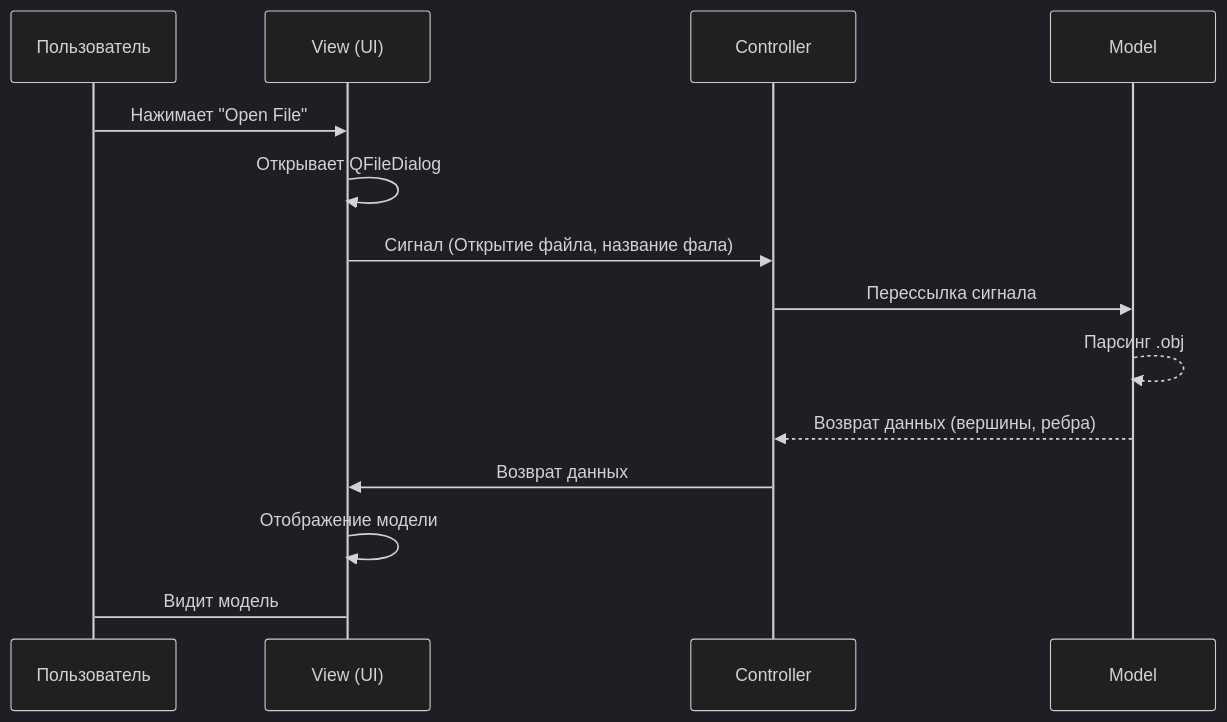
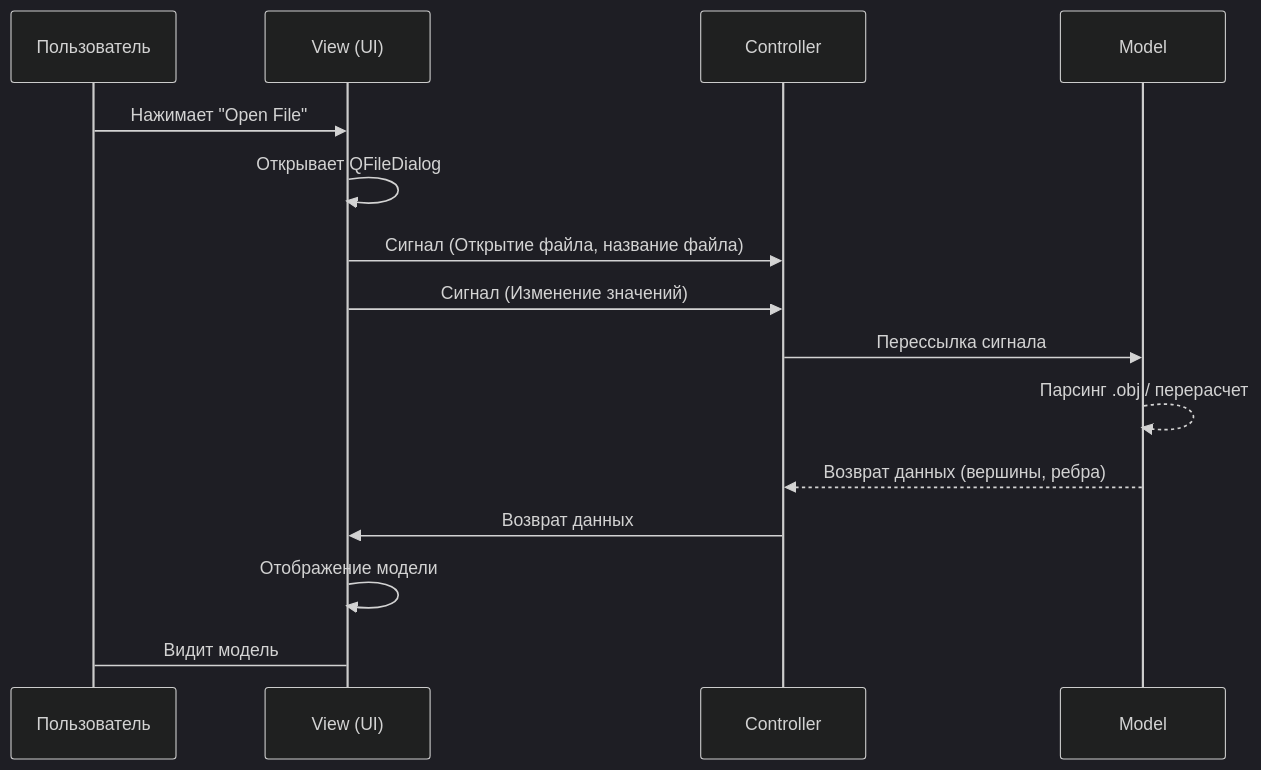
One commit to artnr7/3DViewer changed the second of 4 diagrams in src/docs/architecture.md. Above: the diagram before and after it, drawn with Mermaid. The commit also changed other lines of this file and 9 other files, not shown here.

````diff
--- a/src/docs/architecture.md
+++ b/src/docs/architecture.md
@@ -24,20 +24,21 @@
 ```mermaid
 %%{init: {'theme': 'dark', 'class': {'hideEmptyMembersBox': true}}}%%
 sequenceDiagram
   participant U as Пользователь
   participant V as View (UI)
   participant C as Controller
   participant M as Model
 
   U->>V: Нажимает "Open File"
   V->>V: Открывает QFileDialog
-  V->>C: Сигнал (Открытие файла, название фала)
+  V->>C: Сигнал (Открытие файла, название файла)
+  V->>C: Сигнал (Изменение значений)
 
   C->>M: Перессылка сигнала
-  M-->>M: Парсинг .obj
+  M-->>M: Парсинг .obj / перерасчет
   M-->>C: Возврат данных (вершины, ребра)
 
   C->>V: Возврат данных
   V->>V: Отображение модели
   V->U: Видит модель
 ```
````
